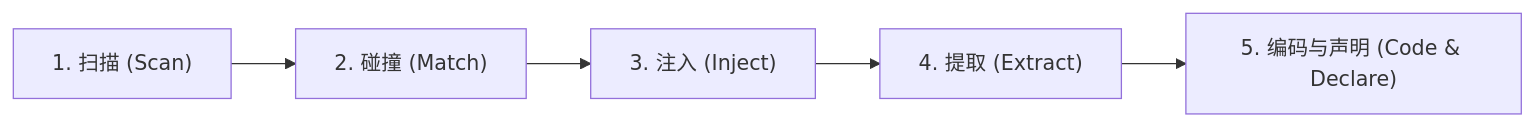
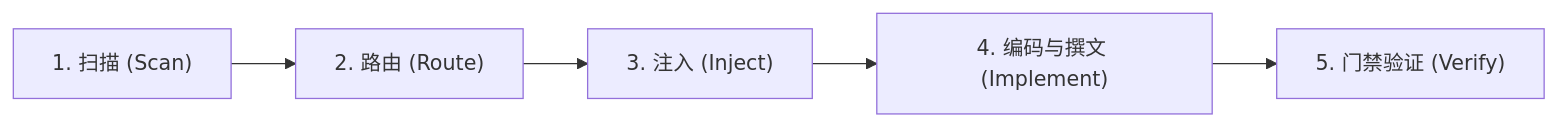
One commit to krace-tx/slacker-survivors changed the diagram in .agents/skills/framework-aware/SKILL.md. Above: the diagram before and after it, drawn with Mermaid. The commit also changed other lines of this file and 248 other files, not shown here.

````diff
--- a/.agents/skills/framework-aware/SKILL.md
+++ b/.agents/skills/framework-aware/SKILL.md
@@ -65,7 +69,7 @@
 ```mermaid
 flowchart LR
-    A["1. 扫描 (Scan)"] --> B["2. 碰撞 (Match)"]
+    A["1. 扫描 (Scan)"] --> B["2. 路由 (Route)"]
     B --> C["3. 注入 (Inject)"]
-    C --> D["4. 提取 (Extract)"]
-    D --> E["5. 编码与声明 (Code & Declare)"]
+    C --> D["4. 编码与撰文 (Implement)"]
+    D --> E["5. 门禁验证 (Verify)"]
 ```
````
